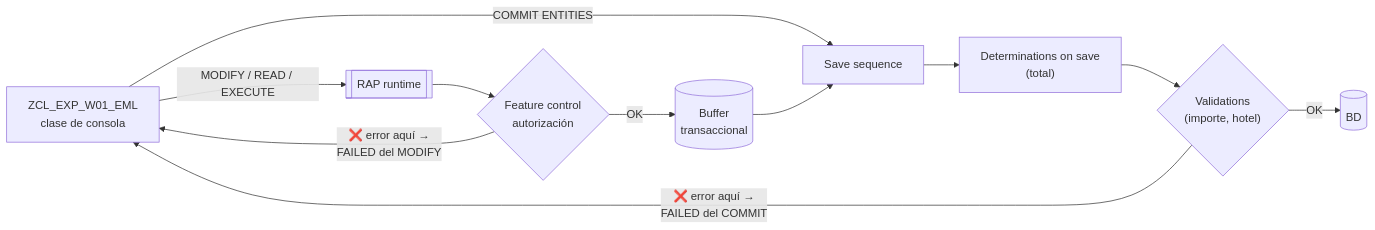
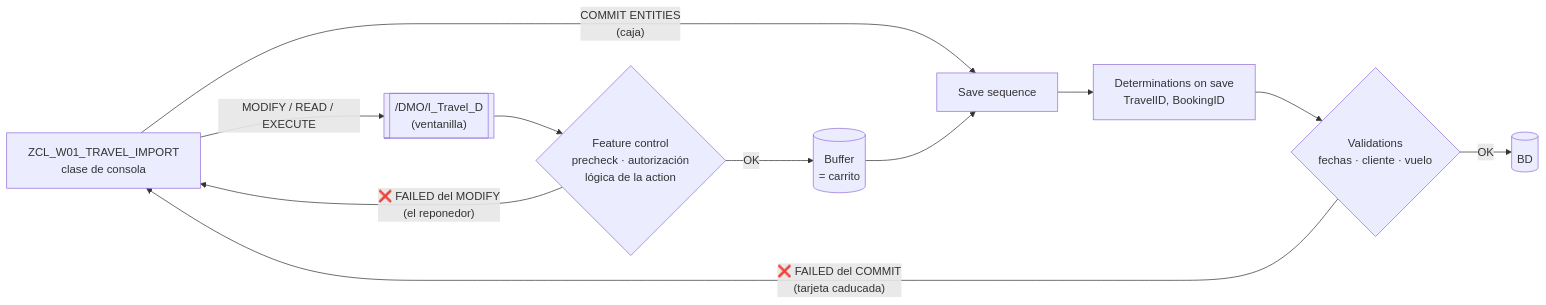
The first of 3 diagrams in Semana01_EML_Consumidor.md (robergit88/ClaudeOutputs), drawn with Mermaid before and after one commit. The commit also changed other lines of this file, not shown here.

Commit message:
Semana 1 · EML como consumidor

````diff
--- a/Semana01_EML_Consumidor.md
+++ b/Semana01_EML_Consumidor.md
@@ -22,13 +62,13 @@
 ```mermaid
 flowchart LR
-    C[ZCL_EXP_W01_EML<br/>clase de consola] -- "MODIFY / READ / EXECUTE" --> RAP[[RAP runtime]]
-    RAP --> FC{"Feature control<br/>autorización"}
-    FC -- "❌ error aquí →<br/>FAILED del MODIFY" --> C
-    FC -- OK --> BUF[(Buffer<br/>transaccional)]
-    C -- "COMMIT ENTITIES" --> SS[Save sequence]
+    C[ZCL_W01_TRAVEL_IMPORT<br/>clase de consola] -- "MODIFY / READ / EXECUTE" --> I[["/DMO/I_Travel_D<br/>(ventanilla)"]]
+    I --> FC{"Feature control<br/>precheck · autorización<br/>lógica de la action"}
+    FC -- "❌ FAILED del MODIFY<br/>(el reponedor)" --> C
+    FC -- OK --> BUF[(Buffer<br/>= carrito)]
+    C -- "COMMIT ENTITIES<br/>(caja)" --> SS[Save sequence]
     BUF --> SS
-    SS --> DET["Determinations on save<br/>(total)"]
-    DET --> VAL{"Validations<br/>(importe, hotel)"}
-    VAL -- "❌ error aquí →<br/>FAILED del COMMIT" --> C
+    SS --> DET["Determinations on save<br/>TravelID, BookingID"]
+    DET --> VAL{"Validations<br/>fechas · cliente · vuelo"}
+    VAL -- "❌ FAILED del COMMIT<br/>(tarjeta caducada)" --> C
     VAL -- OK --> DB[(BD)]
 ```
````
